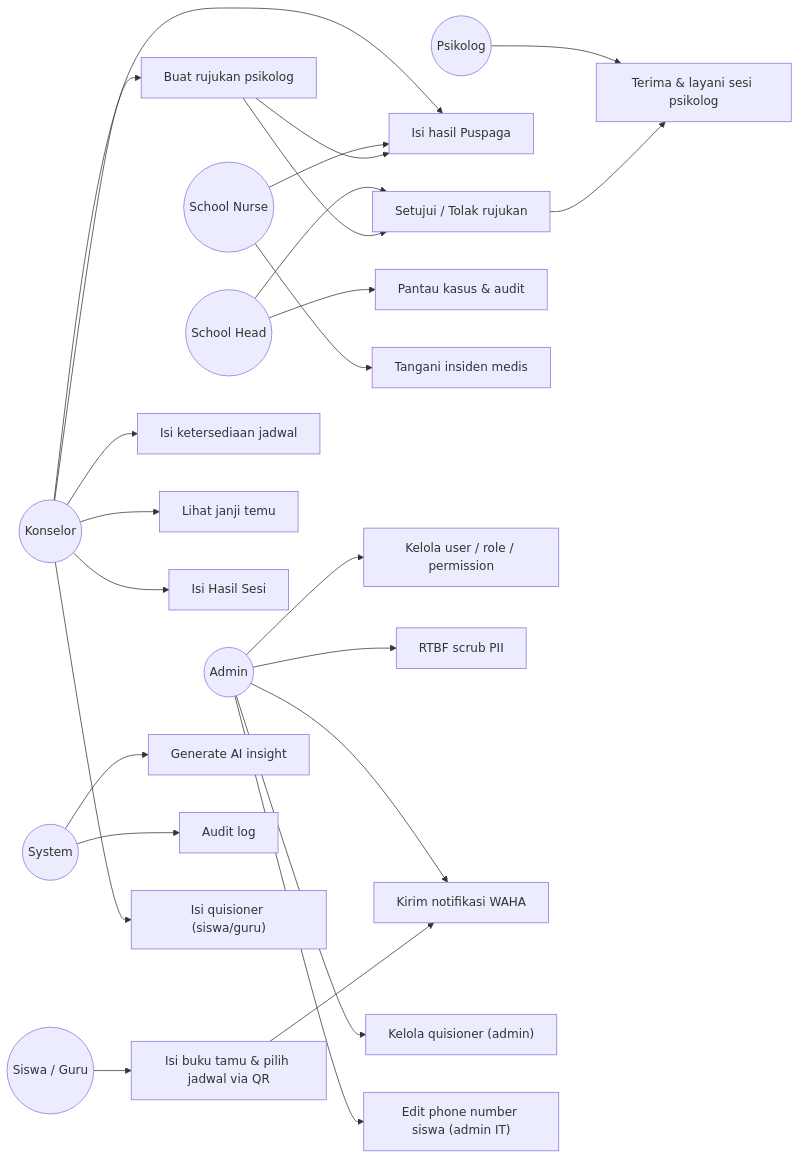
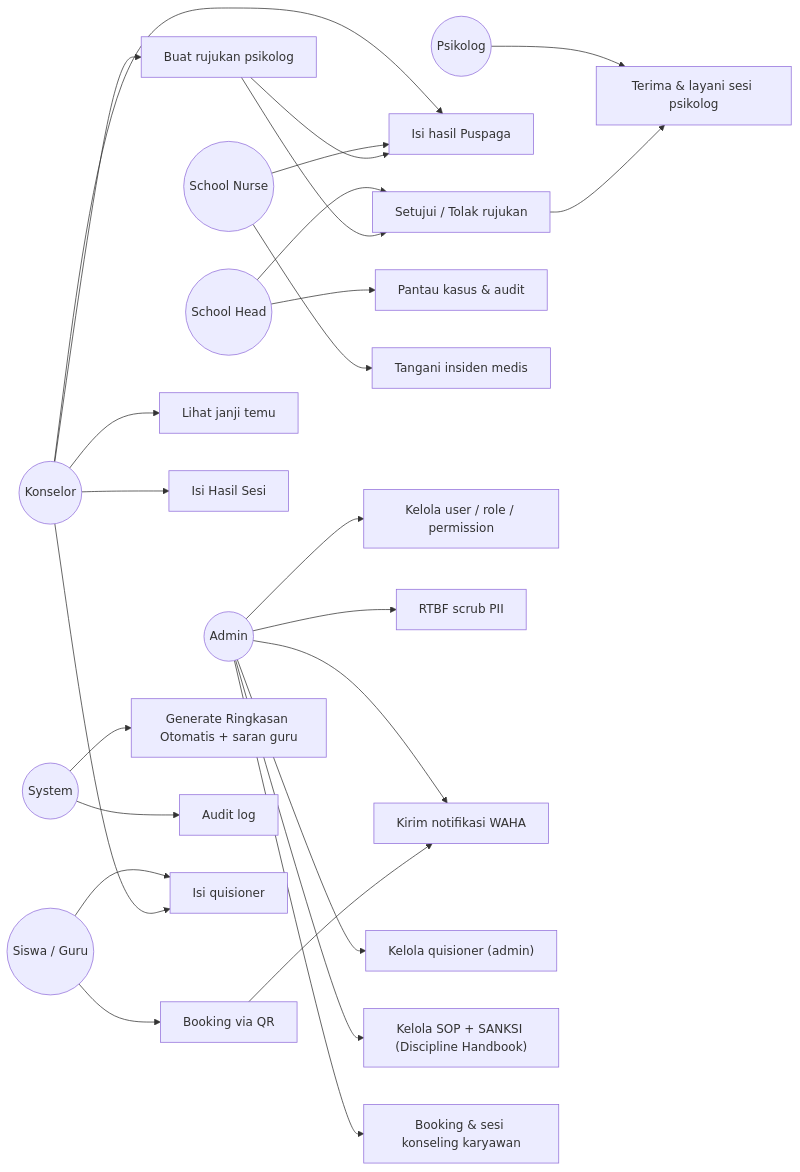
The second of 7 diagrams in README.md (dedebono/SWIMS-HBICS), drawn with Mermaid before and after one commit. The commit also changed other lines of this file, not shown here.

````diff
--- a/README.md
+++ b/README.md
@@ -163,42 +175,42 @@
 ```mermaid
 flowchart LR
   SG(("Siswa / Guru"))
   KO(("Konselor"))
   PS(("Psikolog"))
   SH(("School Head"))
   NU(("School Nurse"))
   AD(("Admin"))
   SYS(("System"))
 
-  UC0["Isi buku tamu & pilih jadwal via QR"]
-  UC1["Isi ketersediaan jadwal"]
+  UC0["Booking via QR"]
   UC2["Lihat janji temu"]
   UC3["Isi Hasil Sesi"]
   UC4["Buat rujukan psikolog"]
   UC5["Isi hasil Puspaga"]
   UC6["Terima & layani sesi psikolog"]
   UC7["Setujui / Tolak rujukan"]
   UC8["Pantau kasus & audit"]
   UC9["Tangani insiden medis"]
   UC10["Kelola user / role / permission"]
   UC11["RTBF scrub PII"]
   UC12["Kirim notifikasi WAHA"]
-  UC13["Generate AI insight"]
+  UC13["Generate Ringkasan Otomatis + saran guru"]
   UC14["Audit log"]
   UC15["Kelola quisioner (admin)"]
-  UC16["Isi quisioner (siswa/guru)"]
-  UC17["Edit phone number siswa (admin IT)"]
+  UC16["Isi quisioner"]
+  UC18["Kelola SOP + SANKSI (Discipline Handbook)"]
+  UC19["Booking & sesi konseling karyawan"]
 
-  SG --> UC0
-  KO --> UC1 & UC2 & UC3 & UC4 & UC5 & UC16
+  SG --> UC0 & UC16
+  KO --> UC2 & UC3 & UC4 & UC5 & UC16
   PS --> UC6
   SH --> UC7 & UC8
   NU --> UC9 & UC5
-  AD --> UC10 & UC11 & UC12 & UC15 & UC17
+  AD --> UC10 & UC11 & UC12 & UC15 & UC18 & UC19
   SYS --> UC13 & UC14
 
   UC0 --> UC12
   UC4 --> UC7
   UC7 --> UC6
   UC4 --> UC5
 ```
````
